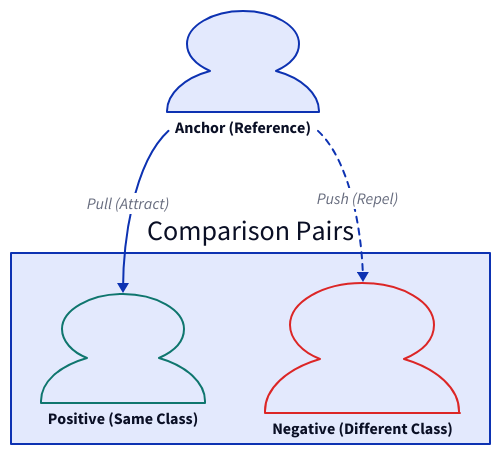
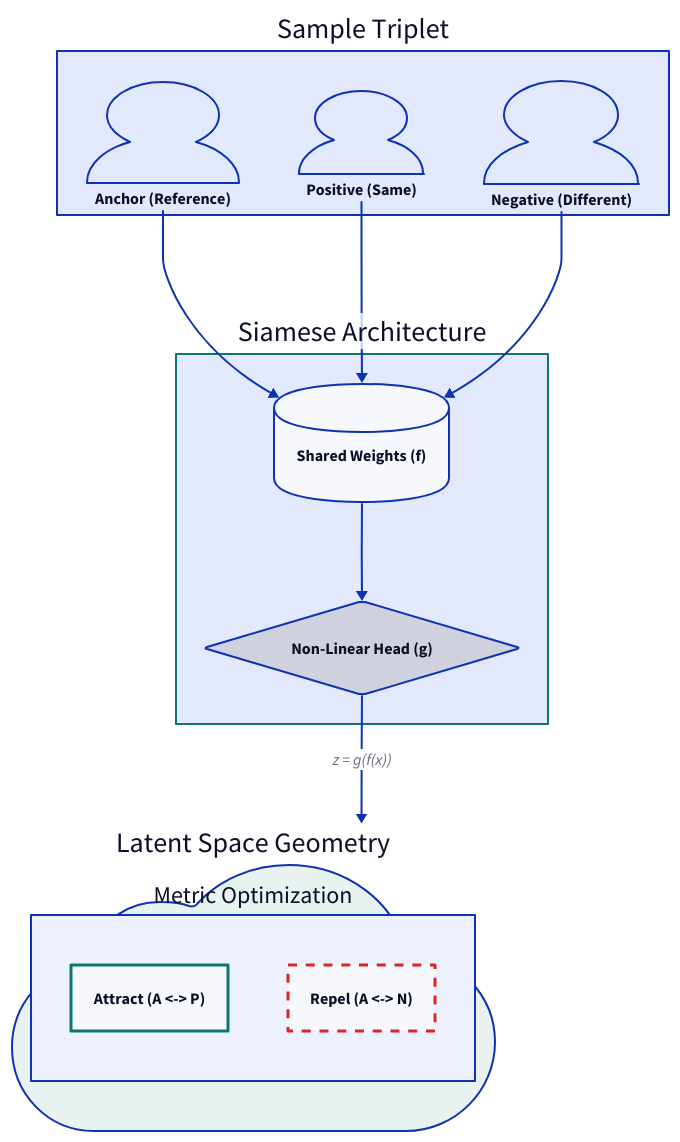
One commit to s-chudmunge/eulerfold changed the diagram in content/articles/contrastive-learning.md. Above: the diagram before and after it, drawn with D2. The commit also changed 45 other files, not shown here.

````diff
--- a/content/articles/contrastive-learning.md
+++ b/content/articles/contrastive-learning.md
@@ -26,23 +26,39 @@
 ```d2
 direction: down
-Anchor: "Anchor (Reference)" {
-  shape: person
+
+Inputs: "Sample Triplet" {
+  A: "Anchor (Reference)" {shape: person}
+  P: "Positive (Same)" {shape: person}
+  N: "Negative (Different)" {shape: person}
 }
-Pairs: "Comparison Pairs" {
-  Positive: "Positive (Same Class)" {
-    shape: person
-    style: {stroke: "#0F766E"}
+
+Encoder_Stack: "Siamese Architecture" {
+  style: {
+    stroke: "#0f766e"
+    stroke-width: 2
   }
-  Negative: "Negative (Different Class)" {
-    shape: person
-    style: {stroke: "#dc2626"}
+  Backbone: "Shared Weights (f)" {shape: cylinder}
+  Projection: "Non-Linear Head (g)" {shape: diamond}
+  Backbone -> Projection
+}
+
+Objective: "Latent Space Geometry" {
+  shape: cloud
+  style: {fill: "#e8f2f1"}
+  
+  Logic: "Metric Optimization" {
+    Pull: "Attract (A <-> P)" {
+      style: {stroke: "#0f766e"; stroke-width: 3}
+    }
+    Push: "Repel (A <-> N)" {
+      style: {stroke: "#dc2626"; stroke-width: 3; stroke-dash: 3}
+    }
   }
 }
 
-Anchor -> Pairs.Positive: "Pull (Attract)" {
-  style: {stroke-dash: 0}
-}
-Anchor -> Pairs.Negative: "Push (Repel)" {
-  style: {stroke-dash: 3}
-}
+Inputs.A -> Encoder_Stack.Backbone
+Inputs.P -> Encoder_Stack.Backbone
+Inputs.N -> Encoder_Stack.Backbone
+
+Encoder_Stack.Projection -> Objective: "z = g(f(x))"
 ```
````
